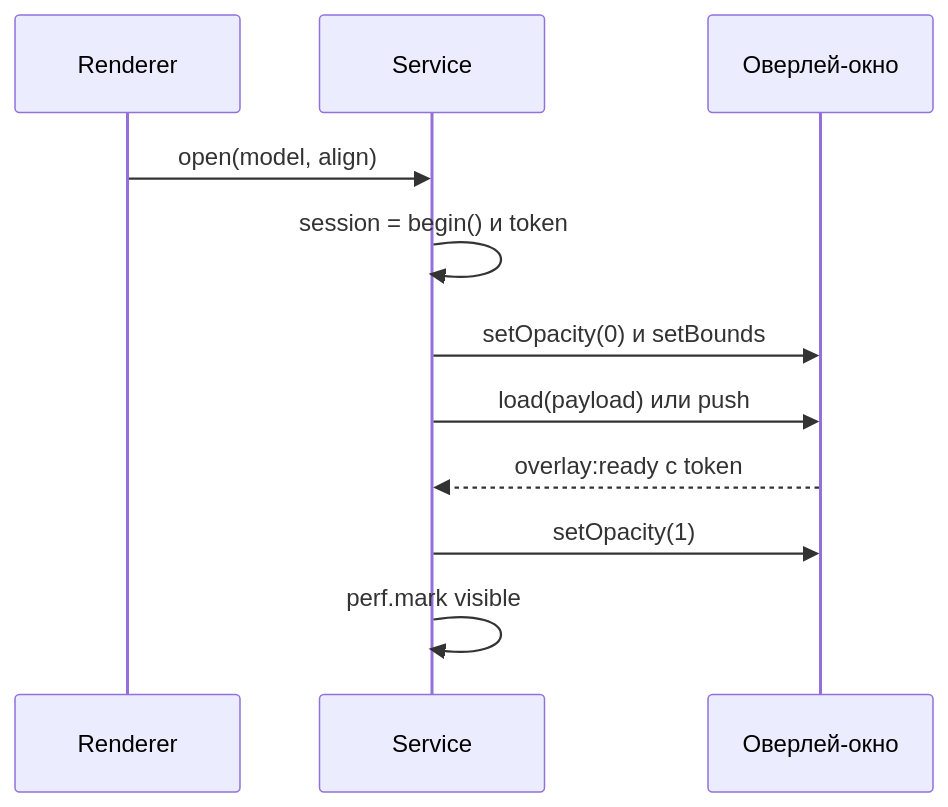
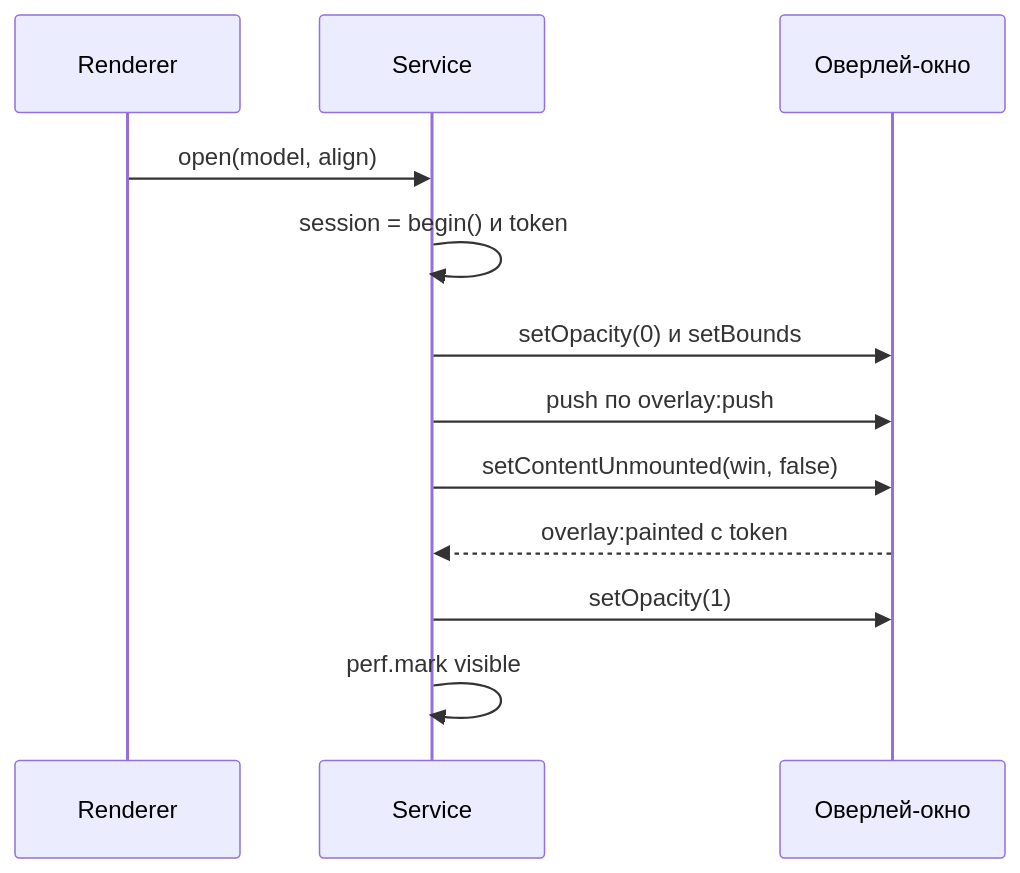
The second of 3 diagrams in src/main/docs/OVERLAY_PLAN.md (trb1mkr/konstruktor), drawn with Mermaid before and after one commit. The commit also changed other lines of this file and 17 other files, not shown here.

Commit message:
split overlayManager into overlay service and ipc modules, push overlay state over IPC with targeted update patches, abort on readiness timeout, restore overlay focus on close and app switch, fixes

````diff
--- a/src/main/docs/OVERLAY_PLAN.md
+++ b/src/main/docs/OVERLAY_PLAN.md
@@ -223,13 +228,14 @@
 ```mermaid
 sequenceDiagram
   participant R as Renderer
   participant M as Service
   participant W as Оверлей-окно
   R->>M: open(model, align)
   M->>M: session = begin() и token
   M->>W: setOpacity(0) и setBounds
-  M->>W: load(payload) или push
-  W-->>M: overlay:ready с token
+  M->>W: push по overlay:push
+  M->>W: setContentUnmounted(win, false)
+  W-->>M: overlay:painted с token
   M->>W: setOpacity(1)
   M->>M: perf.mark visible
 ```
````
